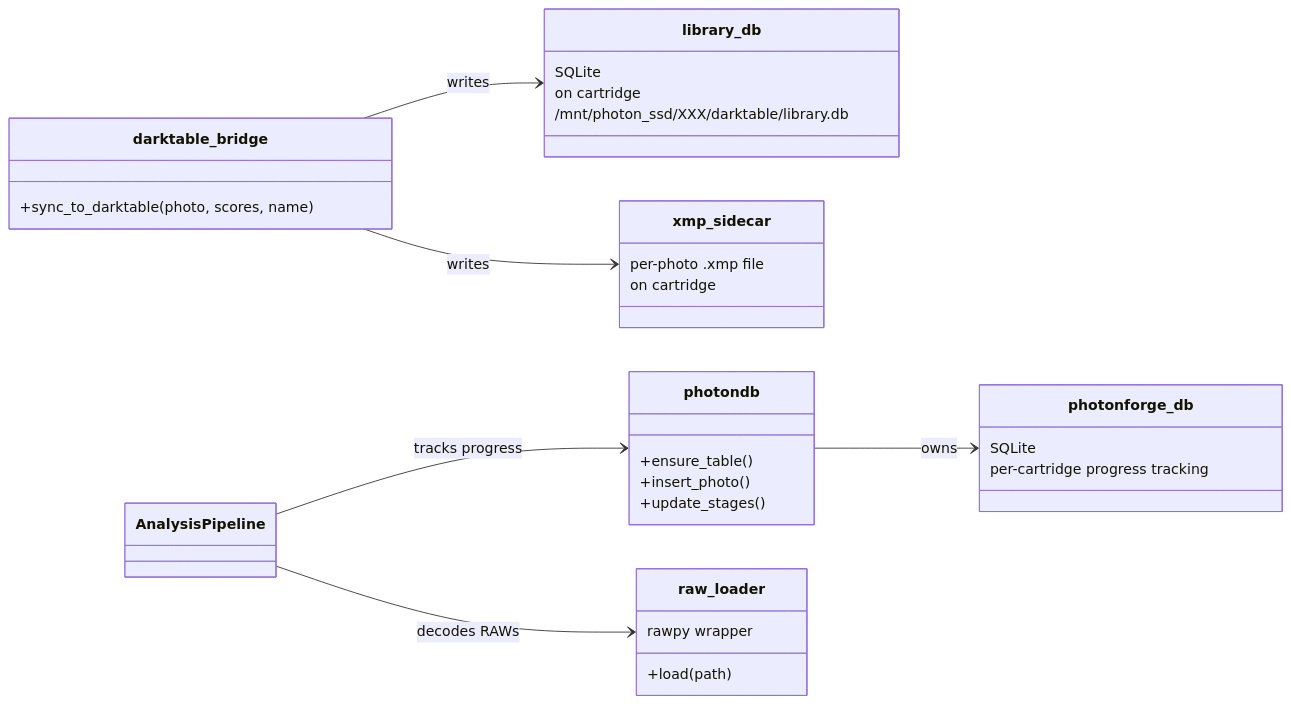
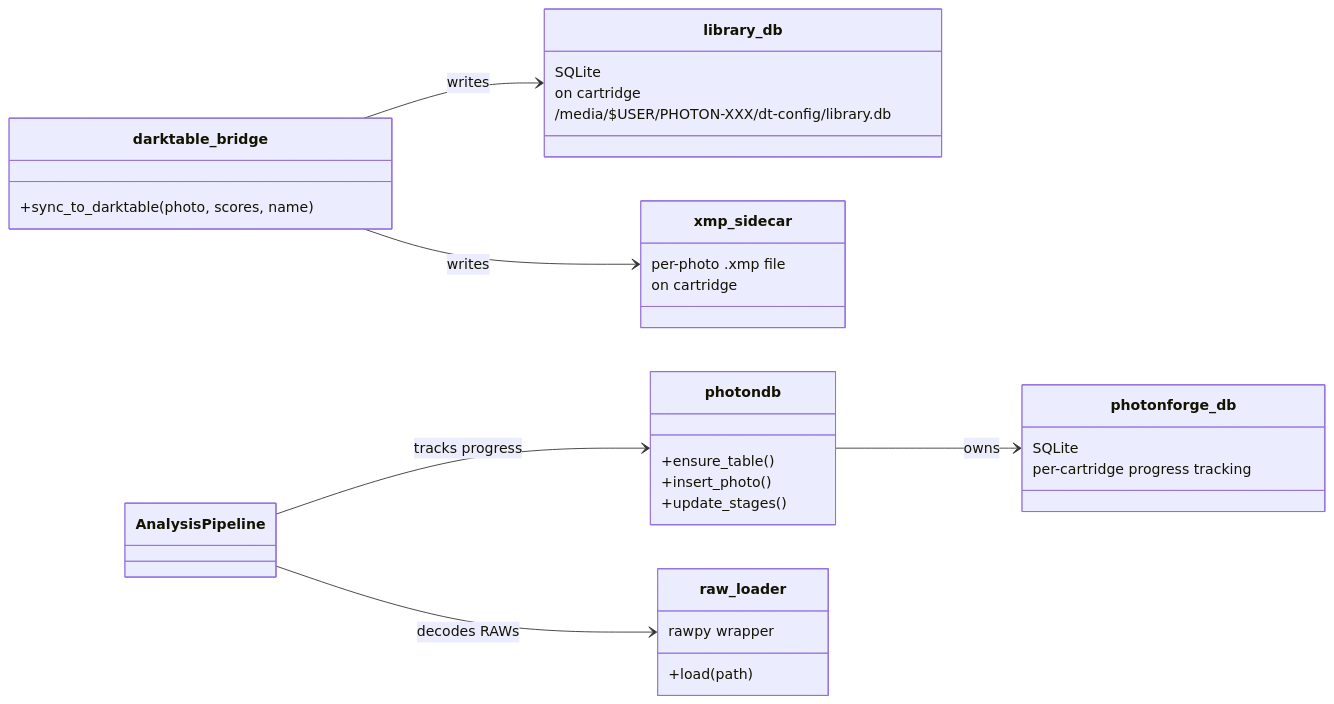
One commit to Ajam1997/PHOTONFORGE_Photo-Workflow changed the third of 4 diagrams in dev-docs/architecture/module-bdd.md. Above: the diagram before and after it, drawn with Mermaid. The commit also changed 8 other files, not shown here.

````diff
--- a/dev-docs/architecture/module-bdd.md
+++ b/dev-docs/architecture/module-bdd.md
@@ -140,36 +140,36 @@
 ```mermaid
 classDiagram
     direction LR
 
     class darktable_bridge {
         +sync_to_darktable(photo, scores, name)
     }
     class library_db {
         SQLite
         on cartridge
-        /mnt/photon_ssd/XXX/darktable/library.db
+        /media/$USER/PHOTON-XXX/dt-config/library.db
     }
     class xmp_sidecar {
         per-photo .xmp file
         on cartridge
     }
     class photondb {
         +ensure_table()
         +insert_photo()
         +update_stages()
     }
     class photonforge_db {
         SQLite
         per-cartridge progress tracking
     }
     class raw_loader {
         +load(path)
         rawpy wrapper
     }
 
     darktable_bridge --> library_db : writes
     darktable_bridge --> xmp_sidecar : writes
     photondb --> photonforge_db : owns
     AnalysisPipeline --> photondb : tracks progress
     AnalysisPipeline --> raw_loader : decodes RAWs
 ```
````
